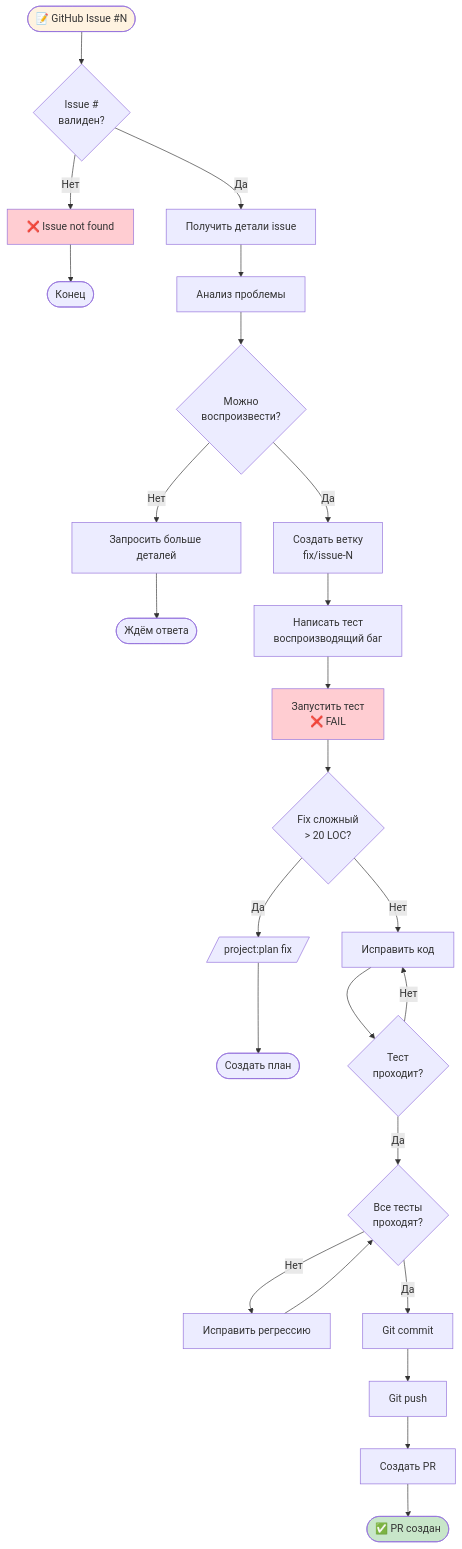
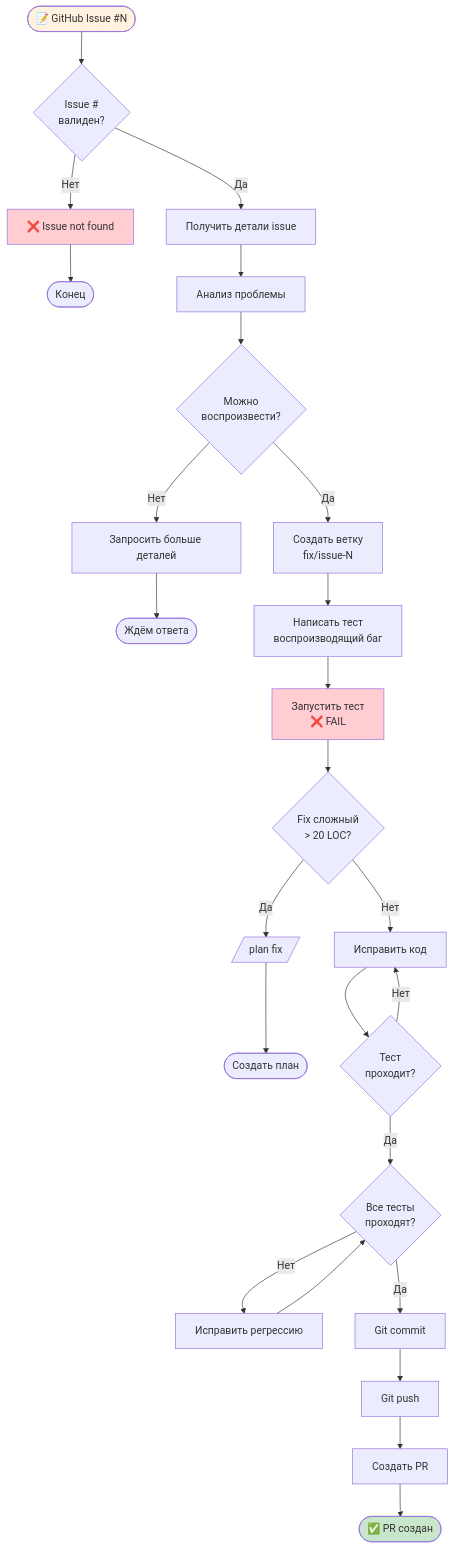
Before and after one commit to nikitaCodeSave/Claude-Code-Kit: the fifth of 12 diagrams in SCENARIOS.md, drawn with Mermaid. The commit also changed other lines of this file and 17 other files, not shown here.

````diff
--- a/SCENARIOS.md
+++ b/SCENARIOS.md
@@ -240,44 +240,44 @@
 ```mermaid
 flowchart TD
     START([📝 GitHub Issue #N]) --> VALIDATE{Issue #<br/>валиден?}
     
     VALIDATE -->|Нет| ERROR[❌ Issue not found]
     ERROR --> END_FAIL([Конец])
     
     VALIDATE -->|Да| FETCH[Получить детали issue]
     FETCH --> ANALYZE[Анализ проблемы]
     
     ANALYZE --> REPRODUCE{Можно<br/>воспроизвести?}
     
     REPRODUCE -->|Нет| ASK_DETAILS[Запросить больше деталей]
     ASK_DETAILS --> END_WAIT([Ждём ответа])
     
     REPRODUCE -->|Да| BRANCH[Создать ветку<br/>fix/issue-N]
     
     BRANCH --> WRITE_TEST[Написать тест<br/>воспроизводящий баг]
     WRITE_TEST --> RUN_TEST_FAIL[Запустить тест<br/>❌ FAIL]
     
     RUN_TEST_FAIL --> COMPLEXITY{Fix сложный<br/>> 20 LOC?}
     
-    COMPLEXITY -->|Да| ESCALATE[/project:plan fix/]
+    COMPLEXITY -->|Да| ESCALATE[/plan fix/]
     ESCALATE --> END_PLAN([Создать план])
     
     COMPLEXITY -->|Нет| FIX[Исправить код]
     FIX --> RUN_TEST_PASS{Тест<br/>проходит?}
     
     RUN_TEST_PASS -->|Нет| FIX
     RUN_TEST_PASS -->|Да| RUN_ALL{Все тесты<br/>проходят?}
     
     RUN_ALL -->|Нет| FIX_REGRESSION[Исправить регрессию]
     FIX_REGRESSION --> RUN_ALL
     
     RUN_ALL -->|Да| COMMIT[Git commit]
     COMMIT --> PUSH[Git push]
     PUSH --> PR[Создать PR]
     PR --> DONE([✅ PR создан])
     
     style START fill:#fff3e0
     style DONE fill:#c8e6c9
     style ERROR fill:#ffcdd2
     style RUN_TEST_FAIL fill:#ffcdd2
 ```
````
